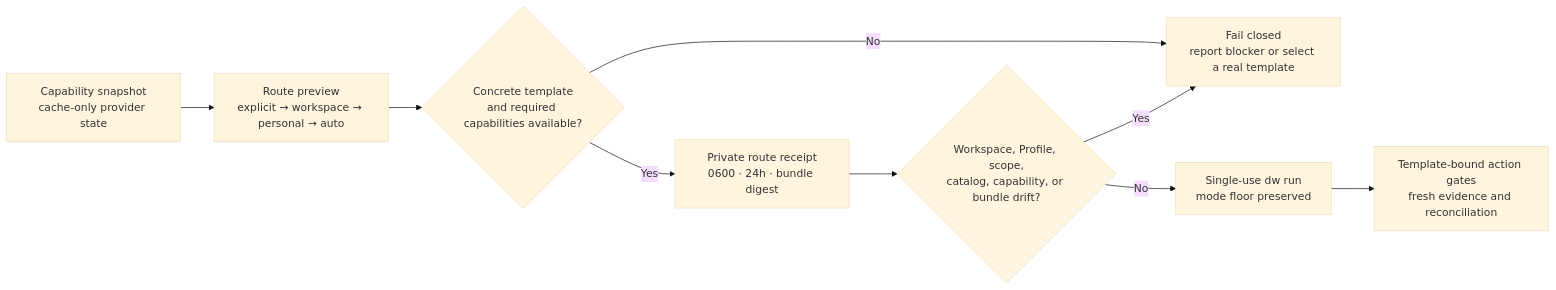
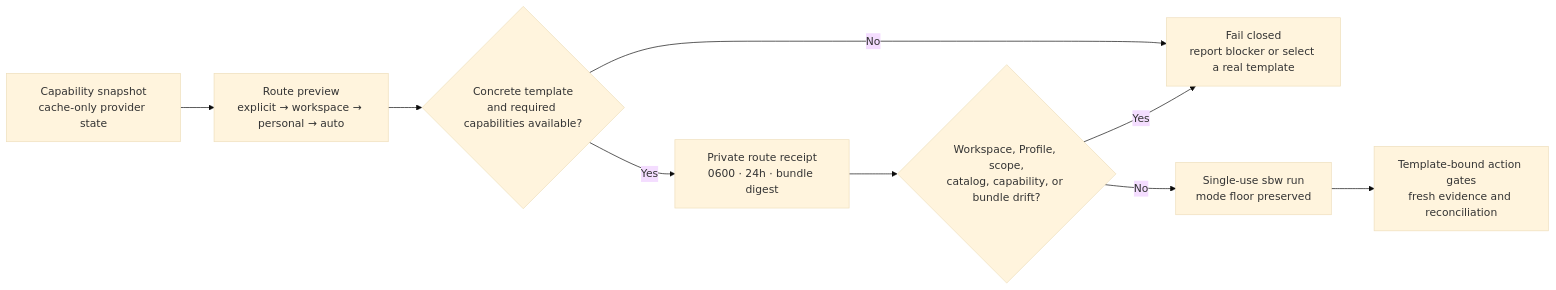
Before and after one commit to stephen-taipei/better-workflows: the second of 5 diagrams in README.md, drawn with Mermaid (base theme). The commit also changed other lines of this file and 23 other files, not shown here.

````diff
--- a/README.md
+++ b/README.md
@@ -215,11 +215,11 @@
 ```mermaid
 flowchart LR
   A["Capability snapshot<br/>cache-only provider state"] --> B["Route preview<br/>explicit → workspace → personal → auto"]
   B --> C{"Concrete template<br/>and required capabilities available?"}
   C -- "No" --> D["Fail closed<br/>report blocker or select a real template"]
   C -- "Yes" --> E["Private route receipt<br/>0600 · 24h · bundle digest"]
   E --> F{"Workspace, Profile, scope,<br/>catalog, capability, or bundle drift?"}
   F -- "Yes" --> D
-  F -- "No" --> G["Single-use dw run<br/>mode floor preserved"]
+  F -- "No" --> G["Single-use sbw run<br/>mode floor preserved"]
   G --> H["Template-bound action gates<br/>fresh evidence and reconciliation"]
 ```
````
